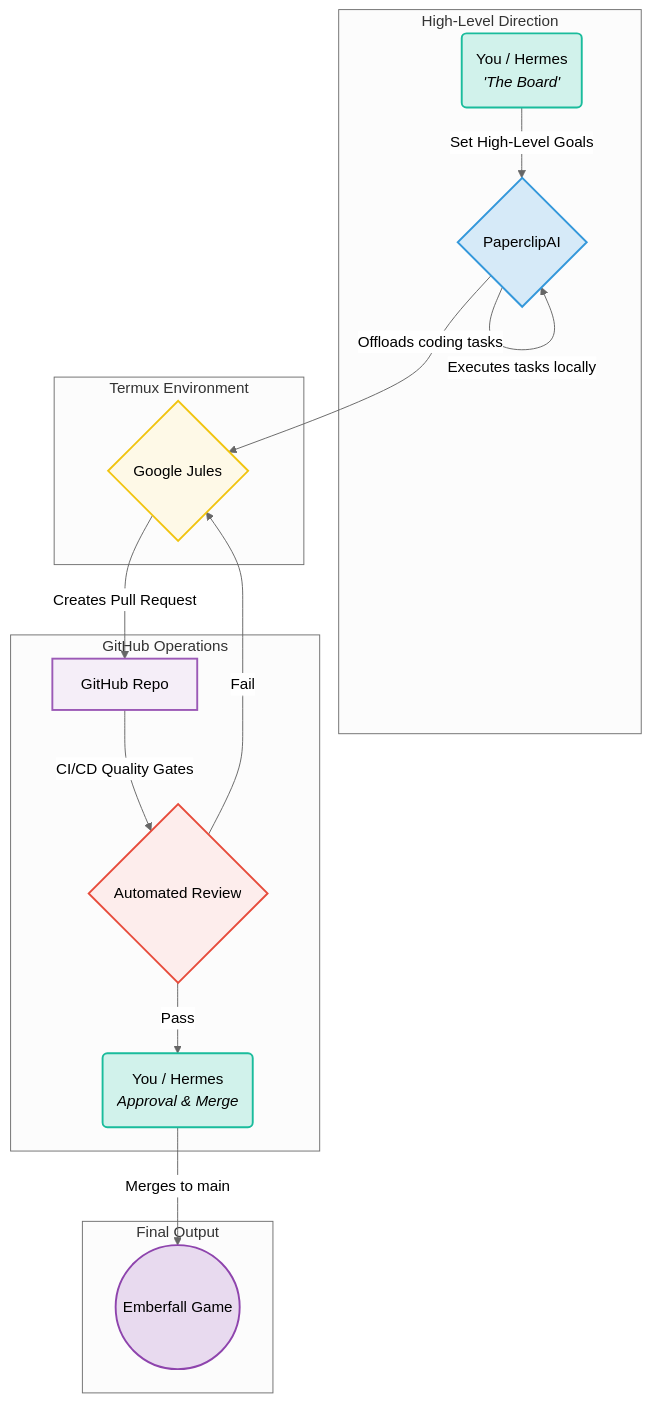
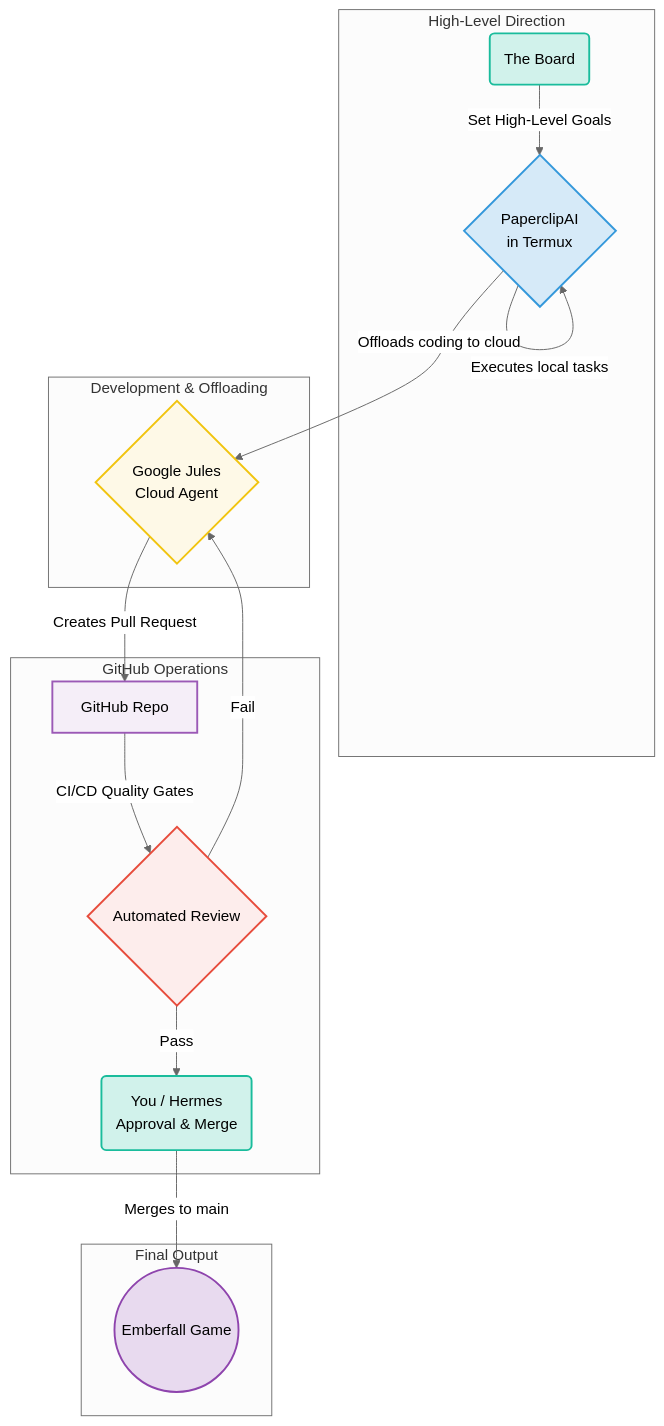
One commit to niyazmft/emberfall changed the diagram in README.md. Above: the diagram before and after it, drawn with Mermaid (neutral theme).

Commit message:
docs: fix Mermaid diagram syntax and finalize workflow

````diff
--- a/README.md
+++ b/README.md
@@ -9,30 +9,30 @@
 ```mermaid
 graph TD
     subgraph "High-Level Direction"
-        A(You / Hermes <br><i>'The Board'</i>) -- "Set High-Level Goals" --> B{PaperclipAI};
+        A(The Board) -- "Set High-Level Goals" --> B{PaperclipAI <br> in Termux};
     end
 
-    subgraph "Termux Environment"
-        B -- "Executes tasks locally" --> B;
-        B -- "Offloads coding tasks" --> C{Google Jules};
+    subgraph "Development & Offloading"
+        B -- "Executes local tasks" --> B;
+        B -- "Offloads coding to cloud" --> C{Google Jules <br> Cloud Agent};
     end
 
     subgraph "GitHub Operations"
         C -- "Creates Pull Request" --> D[GitHub Repo];
         D -- "CI/CD Quality Gates" --> E{Automated Review};
-        E -- "Pass" --> F(You / Hermes <br><i>Approval & Merge</i>);
+        E -- "Pass" --> F(You / Hermes <br> Approval & Merge);
         E -- "Fail" --> C;
     end
     
     subgraph "Final Output"
         F -- "Merges to main" --> G((Emberfall Game));
     end
 
     style A fill:#D1F2EB,stroke:#1ABC9C,stroke-width:2px
     style B fill:#D6EAF8,stroke:#3498DB,stroke-width:2px
     style C fill:#FEF9E7,stroke:#F1C40F,stroke-width:2px
     style D fill:#F5EEF8,stroke:#9B59B6,stroke-width:2px
     style E fill:#FDEDEC,stroke:#E74C3C,stroke-width:2px
     style F fill:#D1F2EB,stroke:#1ABC9C,stroke-width:2px
     style G fill:#E8DAEF,stroke:#8E44AD,stroke-width:2px
 ```
````
